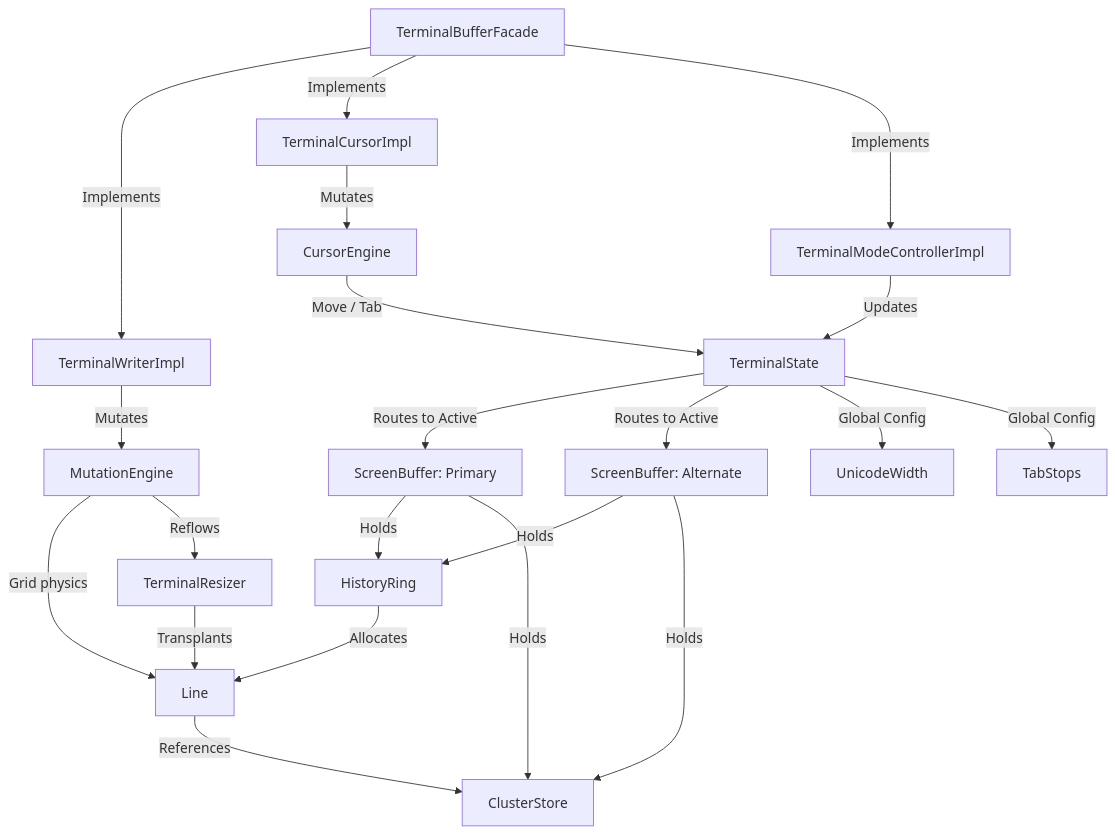
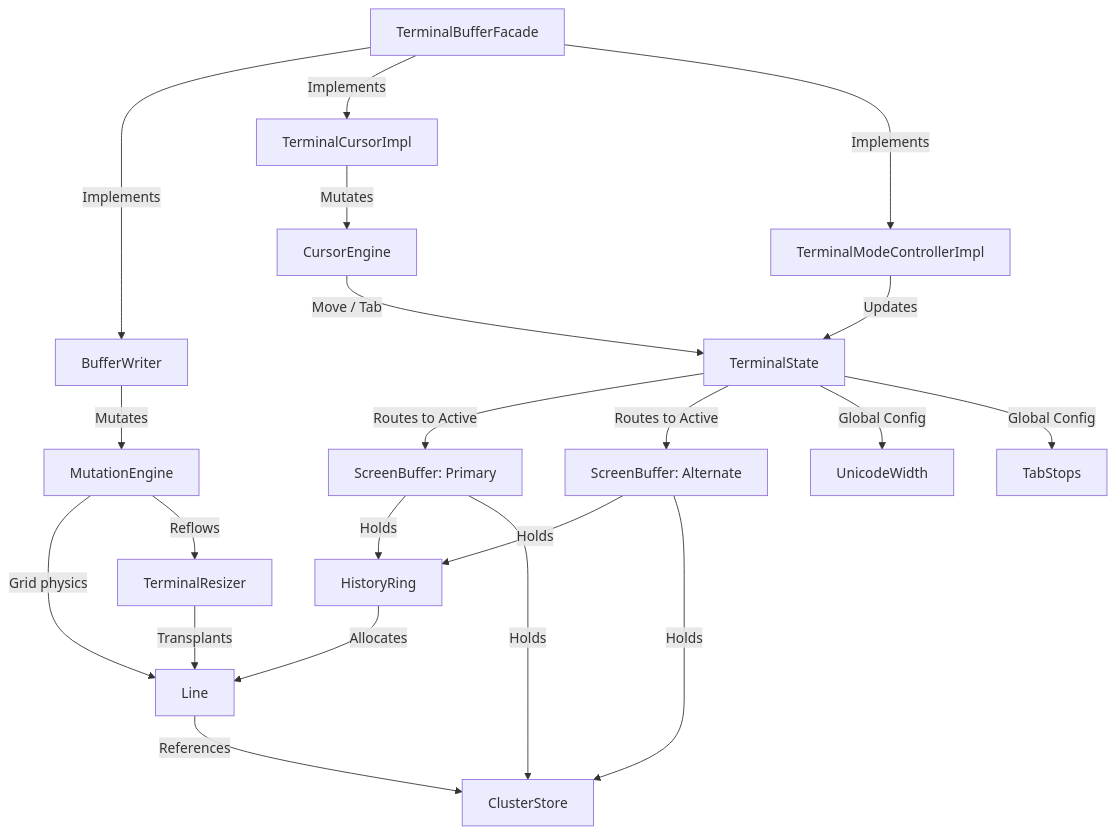
Before and after one commit to ketraterm/KetraTerm: the diagram in jvterm-core/README.md, drawn with Mermaid. The commit also changed 132 other files, not shown here.

````diff
--- a/jvterm-core/README.md
+++ b/jvterm-core/README.md
@@ -13,51 +13,51 @@
 ```mermaid
 graph TD
     %% Node definitions
     Facade[TerminalBufferFacade]
-    Writer[TerminalWriterImpl]
+    Writer[BufferWriter]
     Cursor[TerminalCursorImpl]
     ModeCtrl[TerminalModeControllerImpl]
     State[TerminalState]
     Prim[ScreenBuffer: Primary]
     Alt[ScreenBuffer: Alternate]
     MutEng[MutationEngine]
     CurEng[CursorEngine]
     Resizer[TerminalResizer]
     Ring[HistoryRing]
     Store[ClusterStore]
     Line[Line]
     Width[UnicodeWidth]
     Tab[TabStops]
 
     %% Coordination
     Facade -->|Implements| Writer
     Facade -->|Implements| Cursor
     Facade -->|Implements| ModeCtrl
 
     %% Engines and Mutators
     Writer -->|Mutates| MutEng
     Cursor -->|Mutates| CurEng
     ModeCtrl -->|Updates| State
 
     %% State and Buffers
     State -->|Routes to Active| Prim
     State -->|Routes to Active| Alt
     State -->|Global Config| Width
     State -->|Global Config| Tab
 
     %% ScreenBuffer contents
     Prim -->|Holds| Ring
     Prim -->|Holds| Store
     Alt -->|Holds| Ring
     Alt -->|Holds| Store
 
     %% Line Storage
     Ring -->|Allocates| Line
     Line -->|References| Store
 
     %% Spatial calculations
     MutEng -->|Grid physics| Line
     MutEng -->|Reflows| Resizer
     CurEng -->|Move / Tab| State
     Resizer -->|Transplants| Line
 ```
````
